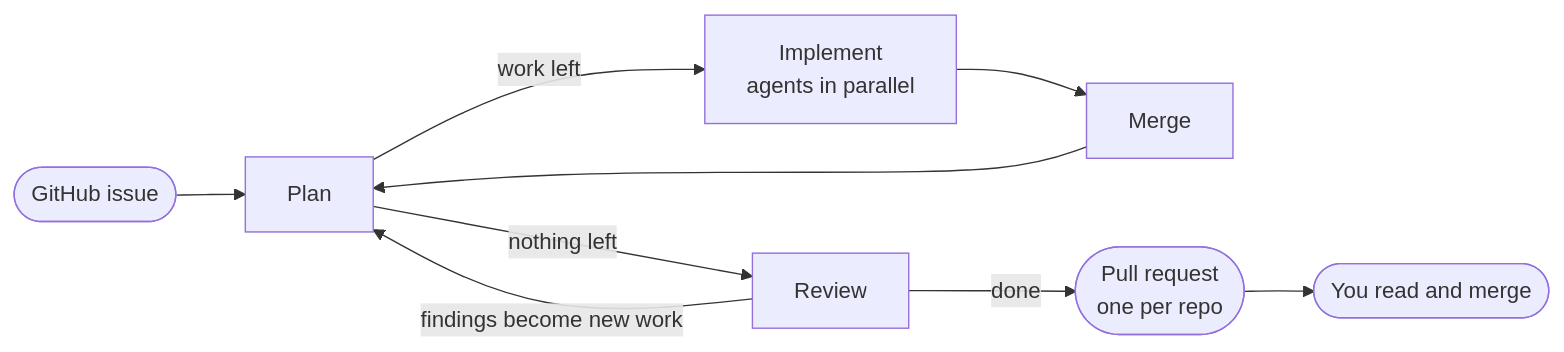
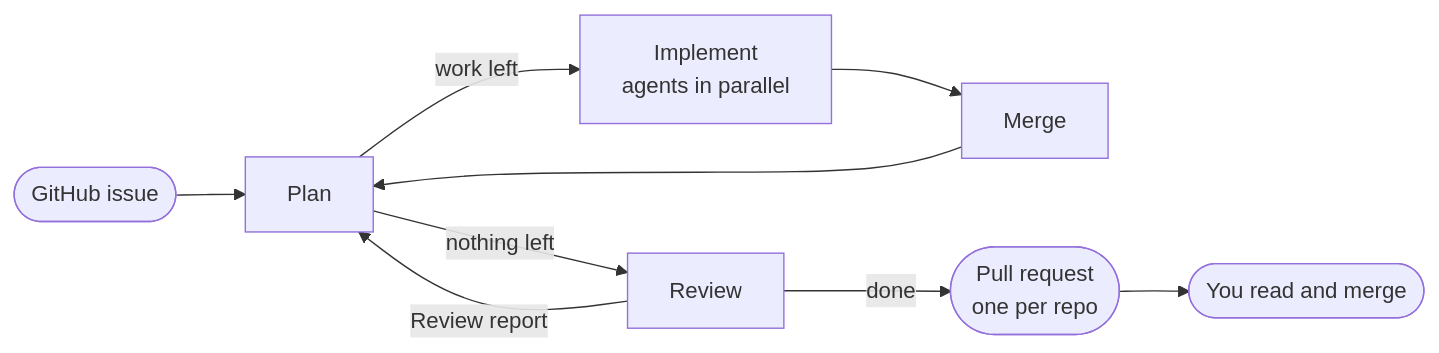
One commit to dredodin/sandcastle-factory changed the first of 2 diagrams in README.md. Above: the diagram before and after it, drawn with Mermaid. The commit also changed other lines of this file and 22 other files, not shown here.

First line of the commit message:
SANDCASTLE: Review prints a Review report; only the plan rejects findings

````diff
--- a/README.md
+++ b/README.md
@@ -71,11 +71,11 @@
 ```mermaid
 flowchart LR
     issue([GitHub issue]) --> plan[Plan]
     plan -- work left --> impl[Implement<br/>agents in parallel]
     impl --> merge[Merge]
     merge --> plan
     plan -- nothing left --> review[Review]
-    review -- findings become new work --> plan
+    review -- Review report --> plan
     review -- done --> pr([Pull request<br/>one per repo])
     pr --> you([You read and merge])
 ```
````
